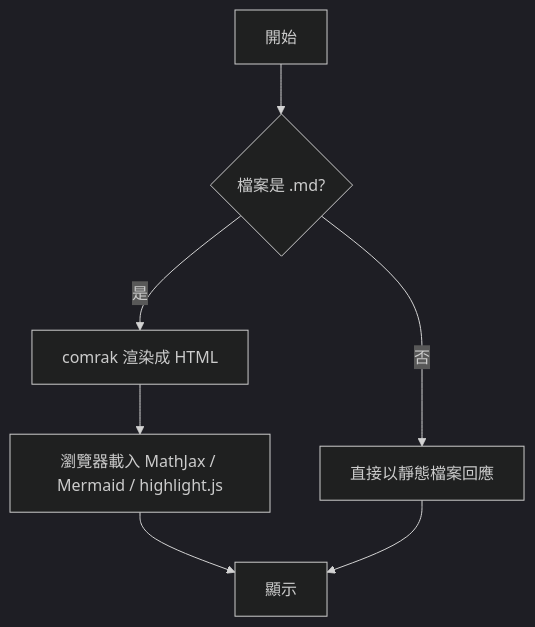
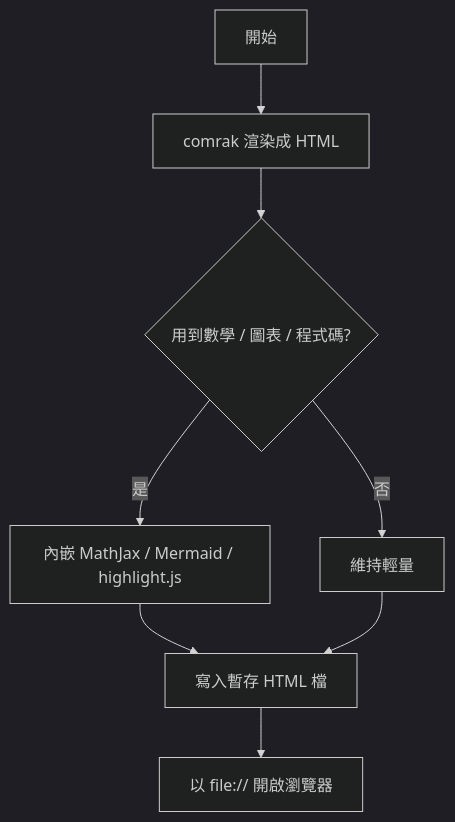
One commit to sean9112/md-reader changed the first of 2 diagrams in sample.md. Above: the diagram before and after it, drawn with Mermaid (dark theme). The commit also changed other lines of this file and 7 other files, not shown here.

````diff
--- a/sample.md
+++ b/sample.md
@@ -49,9 +49,10 @@
 ```mermaid
 graph TD
-    A[開始] --> B{檔案是 .md?}
-    B -- 是 --> C[comrak 渲染成 HTML]
-    B -- 否 --> D[直接以靜態檔案回應]
-    C --> E[瀏覽器載入 MathJax / Mermaid / highlight.js]
-    E --> F[顯示]
-    D --> F
+    A[開始] --> B[comrak 渲染成 HTML]
+    B --> C{用到數學 / 圖表 / 程式碼?}
+    C -- 是 --> D[內嵌 MathJax / Mermaid / highlight.js]
+    C -- 否 --> E[維持輕量]
+    D --> F[寫入暫存 HTML 檔]
+    E --> F
+    F --> G[以 file:// 開啟瀏覽器]
 ```
````
